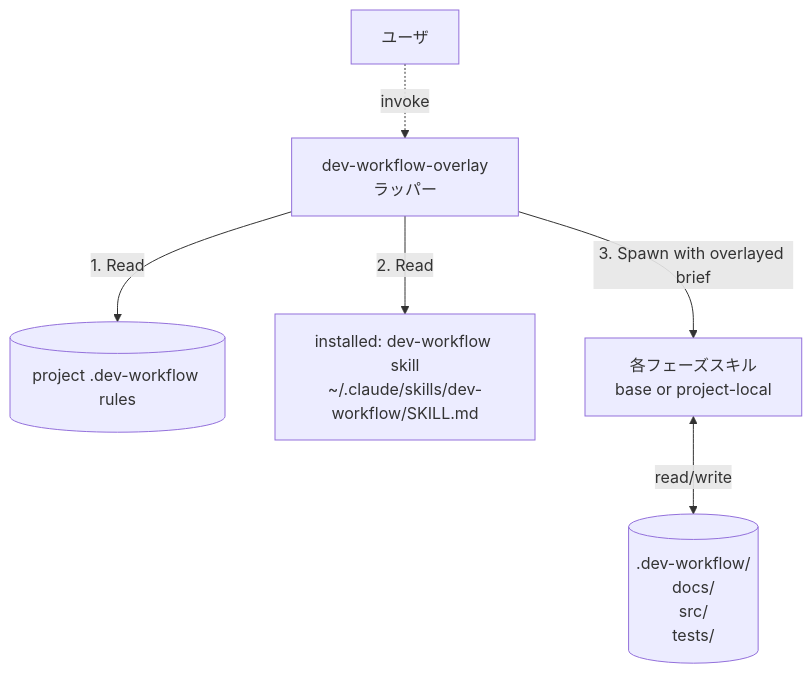
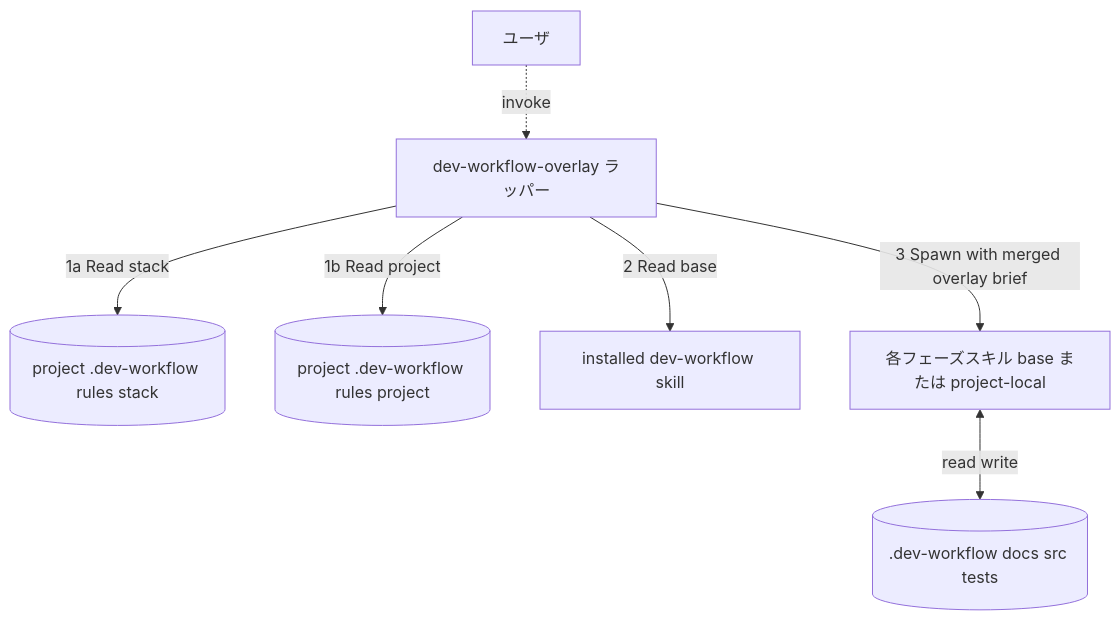
The diagram in skills/dev-workflow-overlay/SKILL.md (yamasuki-/software_dev_workflow), drawn with Mermaid before and after one commit. The commit also changed other lines of this file and 3 other files, not shown here.

````diff
--- a/skills/dev-workflow-overlay/SKILL.md
+++ b/skills/dev-workflow-overlay/SKILL.md
@@ -25,8 +28,9 @@
 ```mermaid
 flowchart TD
-    User[ユーザ] -.invoke.-> Overlay[dev-workflow-overlay<br/>ラッパー]
-    Overlay -->|1. Read| Rules[(project .dev-workflow rules)]
-    Overlay -->|2. Read| Base[installed: dev-workflow skill<br/>~/.claude/skills/dev-workflow/SKILL.md]
-    Overlay -->|3. Spawn with overlayed brief| PhaseSkills[各フェーズスキル<br/>base or project-local]
-    PhaseSkills <-->|"read/write"| FS[(".dev-workflow/<br/>docs/<br/>src/<br/>tests/")]
+    User[ユーザ] -.invoke.-> Overlay[dev-workflow-overlay ラッパー]
+    Overlay -->|1a Read stack| RulesStack[(project .dev-workflow rules stack)]
+    Overlay -->|1b Read project| RulesProject[(project .dev-workflow rules project)]
+    Overlay -->|2 Read base| Base[installed dev-workflow skill]
+    Overlay -->|3 Spawn with merged overlay brief| PhaseSkills[各フェーズスキル base または project-local]
+    PhaseSkills <-->|read write| FS[(.dev-workflow docs src tests)]
 ```
````
